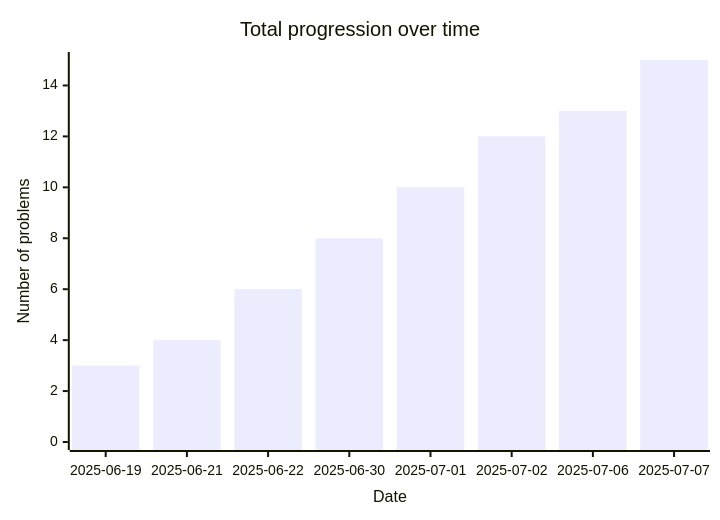
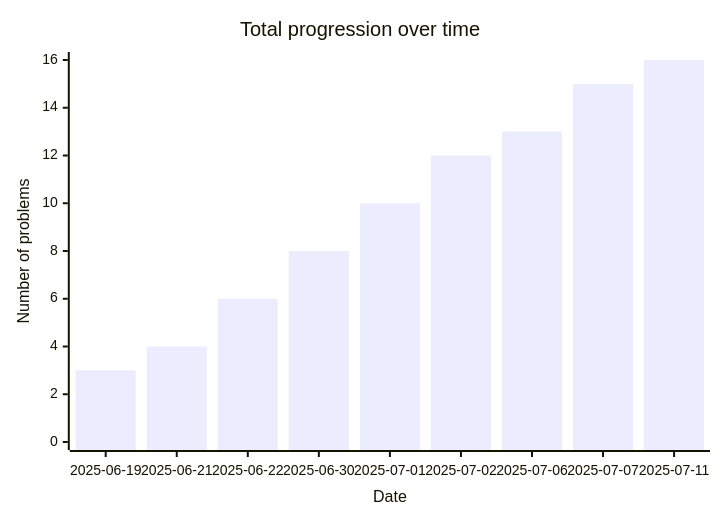
The diagram in README.md (Hugo-Hbrt/leetcode-diary), drawn with Mermaid before and after one commit. The commit also changed other lines of this file and 1 other file, not shown here.

Commit message:
[BOT] Update README files

````diff
--- a/README.md
+++ b/README.md
@@ -14,10 +14,10 @@
 ```mermaid
 ---
 config:
 ---
 xychart-beta
     title "Total progression over time"
-    x-axis Date[2025-06-19, 2025-06-21, 2025-06-22, 2025-06-30, 2025-07-01, 2025-07-02, 2025-07-06, 2025-07-07]
-    y-axis "Number of problems" 0 --> 15
-    bar[3, 4, 6, 8, 10, 12, 13, 15]
+    x-axis Date[2025-06-19, 2025-06-21, 2025-06-22, 2025-06-30, 2025-07-01, 2025-07-02, 2025-07-06, 2025-07-07, 2025-07-11]
+    y-axis "Number of problems" 0 --> 16
+    bar[3, 4, 6, 8, 10, 12, 13, 15, 16]
 ```
````
